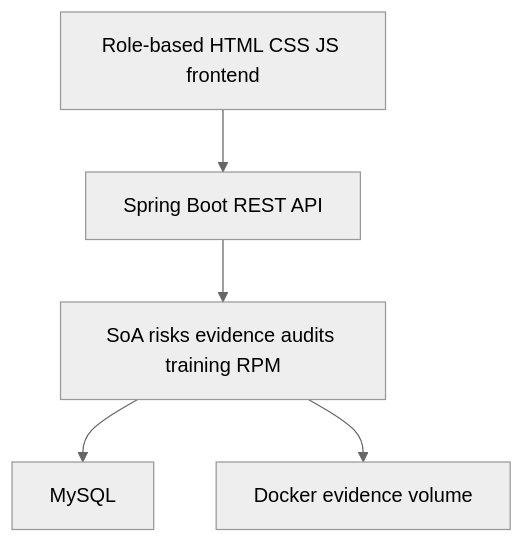
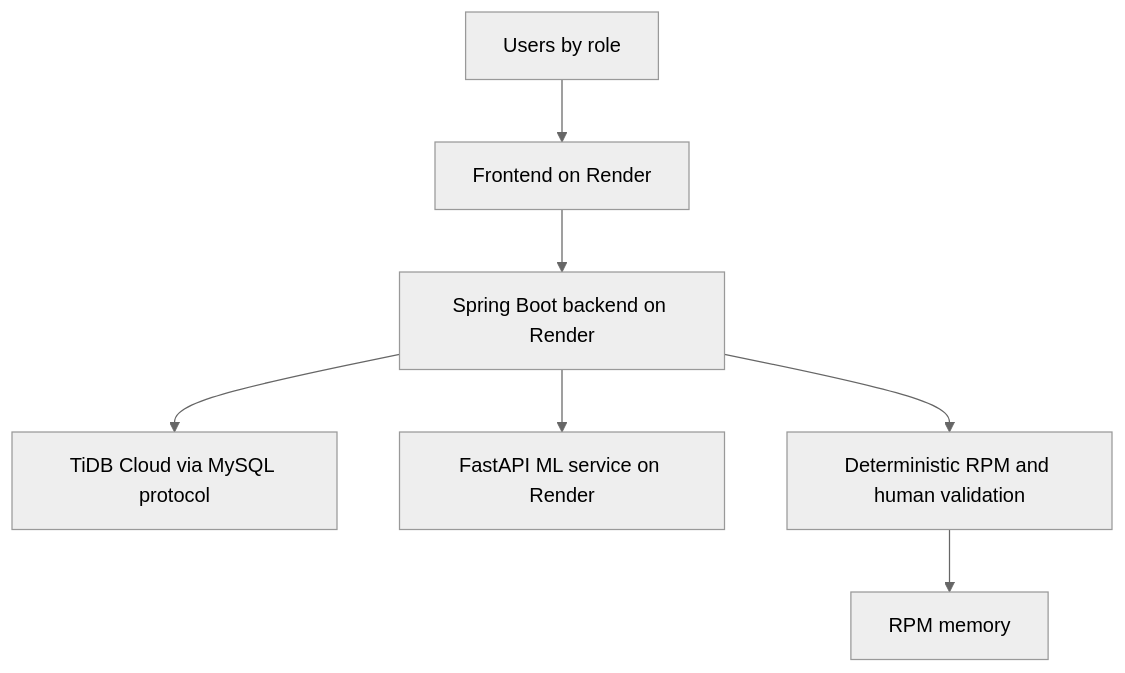
Before and after one commit to cito515432/global-iso-security: the diagram in README.md, drawn with Mermaid (neutral theme). The commit also changed other lines of this file and 3 other files, not shown here.

```diff
--- a/README.md
+++ b/README.md
@@ -21,7 +31,9 @@
 ~~~mermaid
 flowchart TB
- A[Role-based HTML CSS JS frontend] --> B[Spring Boot REST API]
- B --> C[SoA risks evidence audits training RPM]
- C --> D[MySQL]
- C --> E[Docker evidence volume]
+ A[Users by role] --> B[Frontend on Render]
+ B --> C[Spring Boot backend on Render]
+ C --> D[TiDB Cloud via MySQL protocol]
+ C --> E[FastAPI ML service on Render]
+ C --> F[Deterministic RPM and human validation]
+ F --> G[RPM memory]
 ~~~
```
